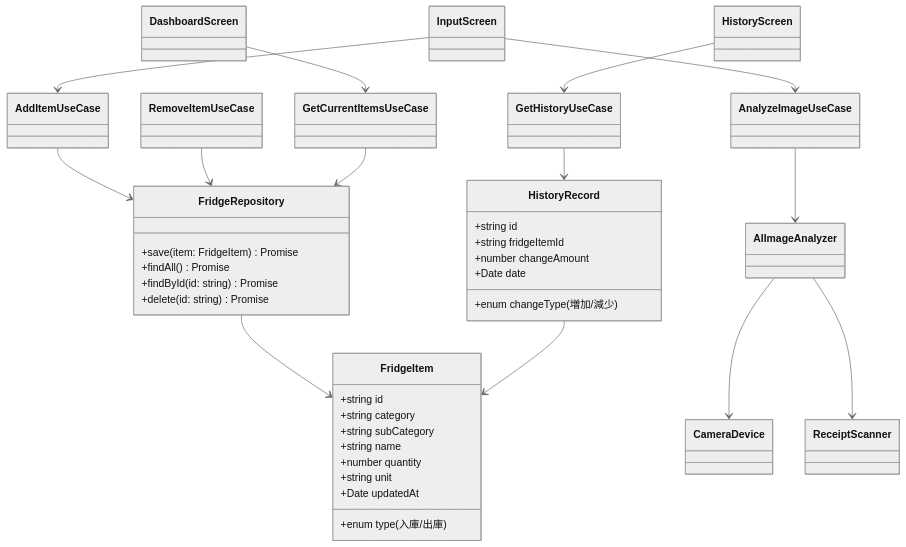
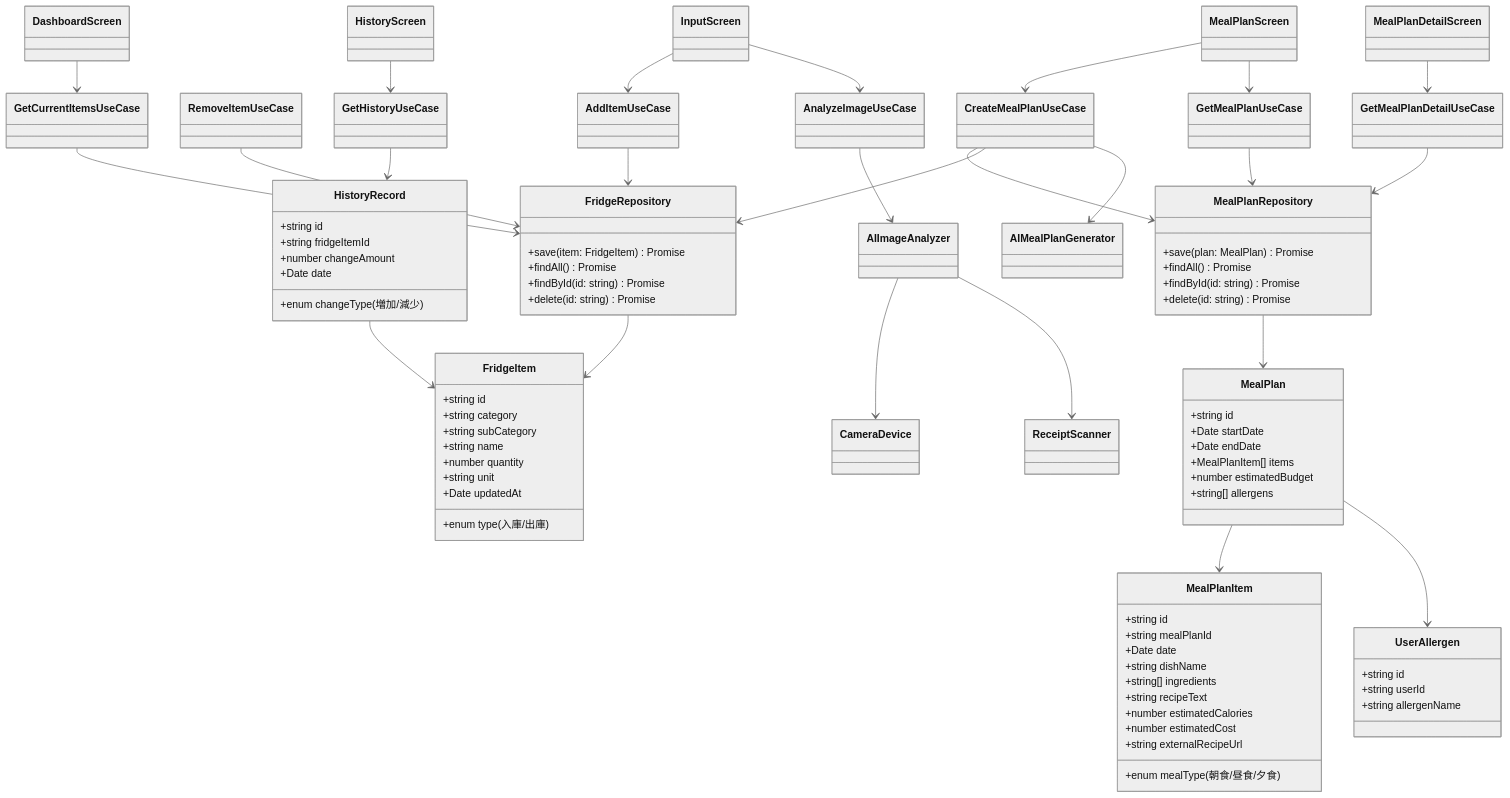
Before and after one commit to to-matsui0505/IntegratedMealPlanning: the first of 2 diagrams in CopilotInstructions/ApplicationBasicDesign.md, drawn with Mermaid (neutral theme). The commit also changed other lines of this file, not shown here.

Commit message:
献立作成機能の追加に伴い基本設計書を更新

````diff
--- a/CopilotInstructions/ApplicationBasicDesign.md
+++ b/CopilotInstructions/ApplicationBasicDesign.md
@@ -77,10 +109,45 @@
       +Date date
     }
 
+    class MealPlan {
+      +string id
+      +Date startDate
+      +Date endDate
+      +MealPlanItem[] items
+      +number estimatedBudget
+      +string[] allergens
+    }
+
+    class MealPlanItem {
+      +string id
+      +string mealPlanId
+      +Date date
+      +enum mealType (朝食/昼食/夕食)
+      +string dishName
+      +string[] ingredients
+      +string recipeText
+      +number estimatedCalories
+      +number estimatedCost
+      +string externalRecipeUrl
+    }
+
+    class UserAllergen {
+      +string id
+      +string userId
+      +string allergenName
+    }
+
     class FridgeRepository {
       +save(item: FridgeItem) Promise<void>
       +findAll() Promise<FridgeItem[]>
       +findById(id: string) Promise<FridgeItem | null>
+      +delete(id: string) Promise<void>
+    }
+
+    class MealPlanRepository {
+      +save(plan: MealPlan) Promise<void>
+      +findAll() Promise<MealPlan[]>
+      +findById(id: string) Promise<MealPlan | null>
       +delete(id: string) Promise<void>
     }
 
@@ -89,26 +156,43 @@
     class GetCurrentItemsUseCase
     class GetHistoryUseCase
     class AnalyzeImageUseCase
+    class CreateMealPlanUseCase
+    class GetMealPlanUseCase
+    class GetMealPlanDetailUseCase
 
     class AIImageAnalyzer
+    class AIMealPlanGenerator
     class CameraDevice
     class ReceiptScanner
 
     class DashboardScreen
     class InputScreen
     class HistoryScreen
+    class MealPlanScreen
+    class MealPlanDetailScreen
 
     FridgeRepository --> FridgeItem
     HistoryRecord --> FridgeItem
+    MealPlanRepository --> MealPlan
+    MealPlan --> MealPlanItem
+    MealPlan --> UserAllergen
     AddItemUseCase --> FridgeRepository
     RemoveItemUseCase --> FridgeRepository
     GetCurrentItemsUseCase --> FridgeRepository
     GetHistoryUseCase --> HistoryRecord
     AnalyzeImageUseCase --> AIImageAnalyzer
+    CreateMealPlanUseCase --> MealPlanRepository
+    CreateMealPlanUseCase --> FridgeRepository
+    CreateMealPlanUseCase --> AIMealPlanGenerator
+    GetMealPlanUseCase --> MealPlanRepository
+    GetMealPlanDetailUseCase --> MealPlanRepository
     AIImageAnalyzer --> CameraDevice
     AIImageAnalyzer --> ReceiptScanner
     DashboardScreen --> GetCurrentItemsUseCase
     InputScreen --> AddItemUseCase
     InputScreen --> AnalyzeImageUseCase
     HistoryScreen --> GetHistoryUseCase
+    MealPlanScreen --> CreateMealPlanUseCase
+    MealPlanScreen --> GetMealPlanUseCase
+    MealPlanDetailScreen --> GetMealPlanDetailUseCase
 ```
````
